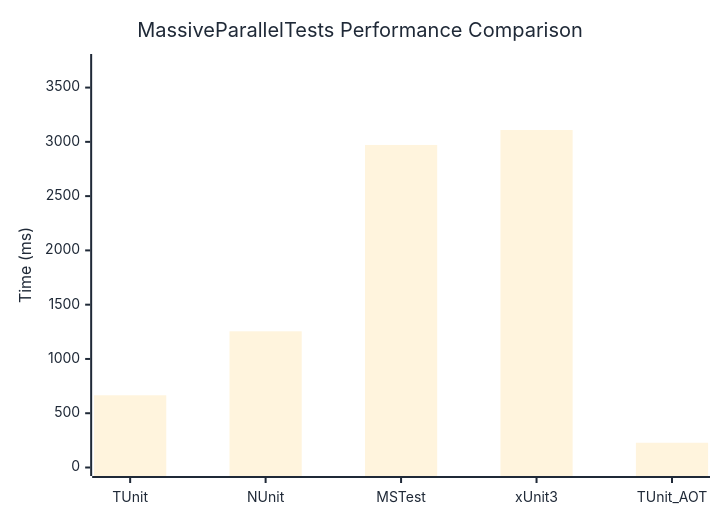
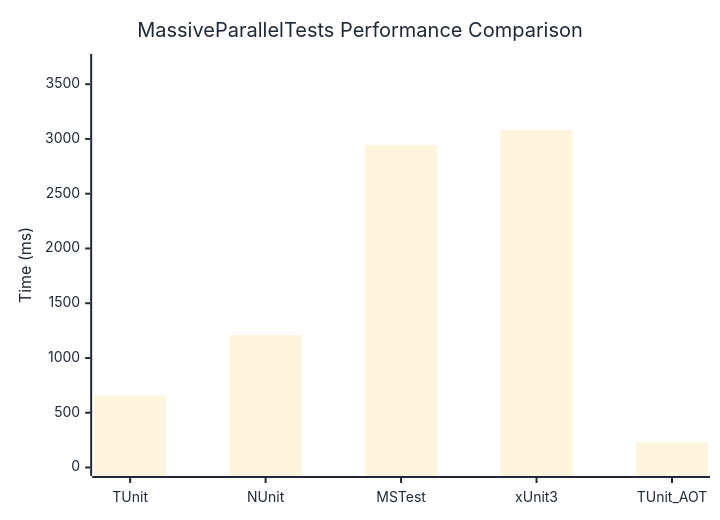
One commit to thomhurst/TUnit changed the diagram in docs/docs/benchmarks/MassiveParallelTests.md. Above: the diagram before and after it, drawn with Mermaid. The commit also changed other lines of this file and 17 other files, not shown here.

````diff
--- a/docs/docs/benchmarks/MassiveParallelTests.md
+++ b/docs/docs/benchmarks/MassiveParallelTests.md
@@ -27,37 +27,37 @@
 ```mermaid
 %%{init: {
   'theme':'base',
   'themeVariables': {
     'primaryColor': '#2563eb',
     'primaryTextColor': '#1f2937',
     'primaryBorderColor': '#1e40af',
     'lineColor': '#6b7280',
     'secondaryColor': '#7c3aed',
     'tertiaryColor': '#dc2626',
     'background': '#ffffff',
     'mainBkg': '#2563eb',
     'secondBkg': '#7c3aed',
     'tertiaryBkg': '#dc2626',
     'clusterBkg': '#f3f4f6',
     'edgeLabelBackground': '#ffffff',
     'tertiaryTextColor': '#1f2937',
     'pie1': '#2563eb',
     'pie2': '#7c3aed',
     'pie3': '#dc2626',
     'pie4': '#f59e0b',
     'pie5': '#10b981',
     'pie6': '#06b6d4',
     'pie7': '#ec4899',
     'pie8': '#6366f1',
     'pie9': '#84cc16',
     'pie10': '#f97316',
     'pie11': '#14b8a6',
     'pie12': '#a855f7'
   }
 }}%%
 xychart-beta
   title "MassiveParallelTests Performance Comparison"
   x-axis ["TUnit", "NUnit", "MSTest", "xUnit3", "TUnit_AOT"]
-  y-axis "Time (ms)" 0 --> 3731
-  bar [665.5, 1254.6, 2971.3, 3108.9, 228]
+  y-axis "Time (ms)" 0 --> 3698
+  bar [658, 1210.9, 2943.1, 3081, 228.9]
 ```
````
